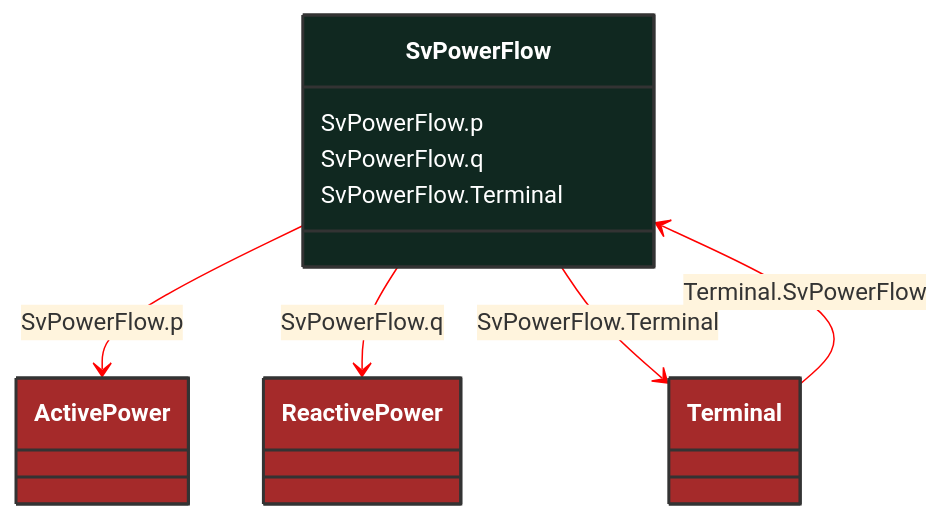
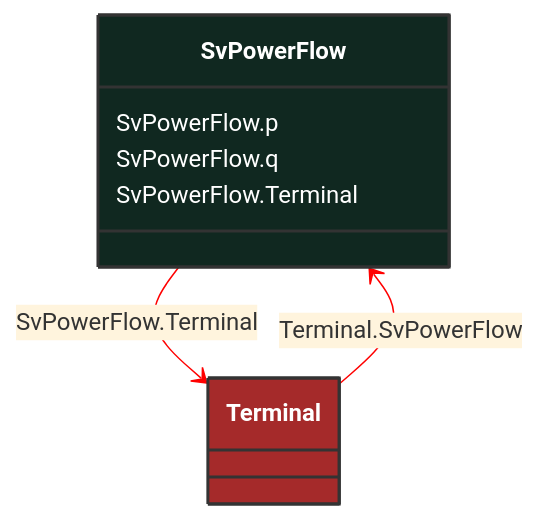
Before and after one commit to 3lbits/NoCIMExtensions: the diagram in docs/Models/Profiles/StateVariables/ConcreteClasses/SvPowerFlow.md, drawn with Mermaid. The commit also changed 397 other files, not shown here.

First line of the commit message:
Refactor CIM schemas to introduce abstract classes and consolidate data types

````diff
--- a/docs/Models/Profiles/StateVariables/ConcreteClasses/SvPowerFlow.md
+++ b/docs/Models/Profiles/StateVariables/ConcreteClasses/SvPowerFlow.md
@@ -8,34 +8,24 @@
 ```mermaid
 %%{init: {'theme':'base','themeVariables': {'lineColor': '#FF0000'}}}%%
 classDiagram
     class SvPowerFlow
     click SvPowerFlow href "/Models/Profiles/StateVariables/ConcreteClasses/SvPowerFlow/"
     style SvPowerFlow fill:#102820,stroke:#333,stroke-width:2px,rx:10,ry:10,color:white
 
-        SvPowerFlow --> ActivePower : SvPowerFlow.p
-
-        ActivePower
-            click ActivePower href "/Models/Profiles/StateVariables/ConcreteClasses/ActivePower/"
-            style ActivePower fill:#A52A2A,stroke:#333,stroke-width:2px,rx:10,ry:10,color:white
-        SvPowerFlow --> ReactivePower : SvPowerFlow.q
-
-        ReactivePower
-            click ReactivePower href "/Models/Profiles/StateVariables/ConcreteClasses/ReactivePower/"
-            style ReactivePower fill:#A52A2A,stroke:#333,stroke-width:2px,rx:10,ry:10,color:white
         SvPowerFlow --> Terminal : SvPowerFlow.Terminal
 
         Terminal
             click Terminal href "/Models/Profiles/StateVariables/ConcreteClasses/Terminal/"
             style Terminal fill:#A52A2A,stroke:#333,stroke-width:2px,rx:10,ry:10,color:white
 
         Terminal --> SvPowerFlow : Terminal.SvPowerFlow
 
         Terminal
             click Terminal href "/Models/Profiles/StateVariables/ConcreteClasses/Terminal/"
             style Terminal fill:#A52A2A,stroke:#333,stroke-width:2px,rx:10,ry:10,color:white
 
 
         SvPowerFlow : SvPowerFlow.p
         SvPowerFlow : SvPowerFlow.q
         SvPowerFlow : SvPowerFlow.Terminal
 ```
````
